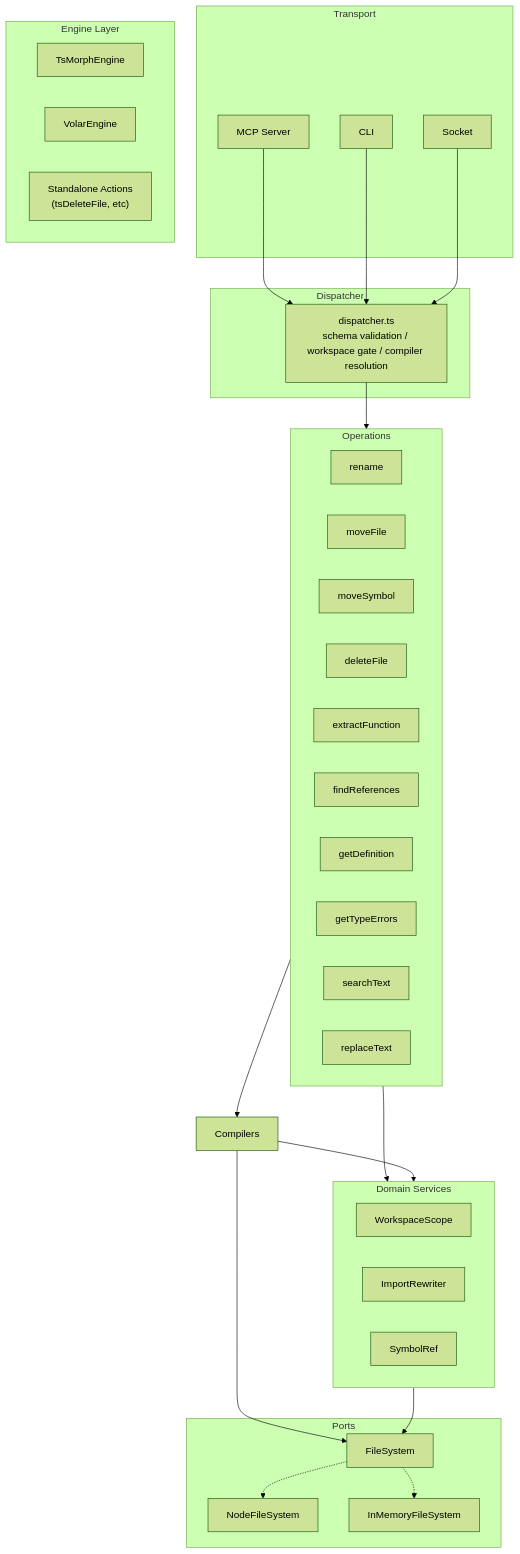
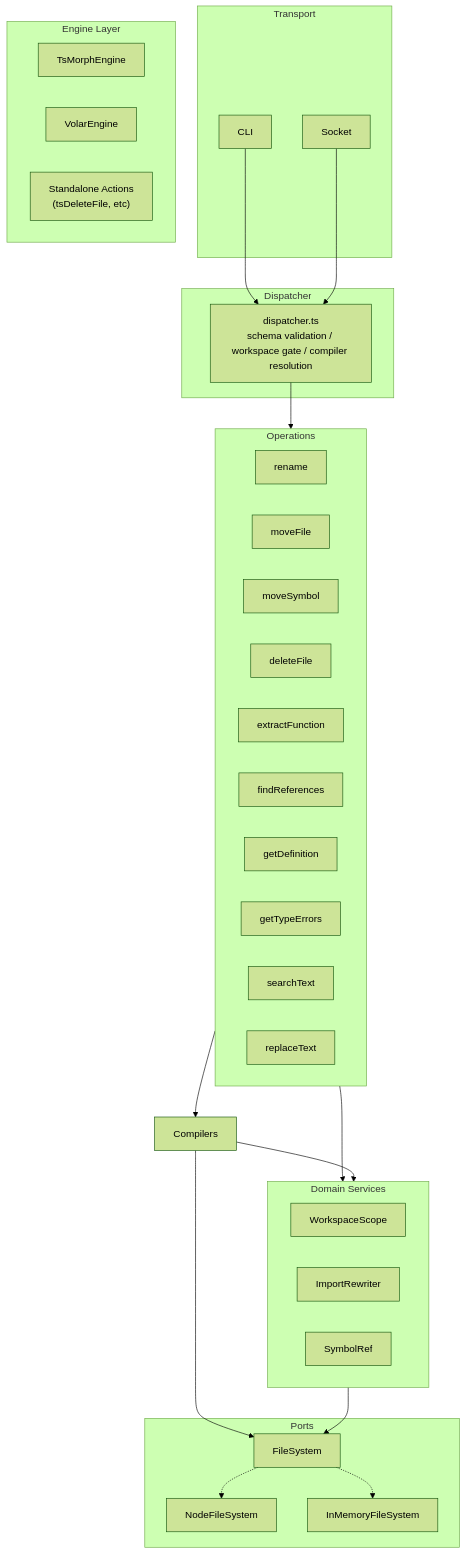
One commit to yearofthedan/weaver changed the first of 2 diagrams in docs/architecture.md. Above: the diagram before and after it, drawn with Mermaid (forest theme). The commit also changed other lines of this file and 11 other files, not shown here.

First line of the commit message:
docs: reconcile documentation for the CLI-only architecture

````diff
--- a/docs/architecture.md
+++ b/docs/architecture.md
@@ -77,55 +77,53 @@
 ```mermaid
 graph TD
     subgraph Transport
-        MCP[MCP Server]
         CLI[CLI]
         Socket[Socket]
     end
 
     subgraph Dispatcher
         D[dispatcher.ts<br/>schema validation / workspace gate / compiler resolution]
     end
 
     subgraph Operations
         rename
         moveFile
         moveSymbol
         deleteFile
         extractFunction
         findReferences
         getDefinition
         getTypeErrors
         searchText
         replaceText
     end
 
     subgraph Domain["Domain Services"]
         WS[WorkspaceScope]
         IR[ImportRewriter]
         SR[SymbolRef]
     end
 
     subgraph Engines["Engine Layer"]
         TSE[TsMorphEngine]
         VOE[VolarEngine]
         TSA["Standalone Actions<br/>(tsDeleteFile, etc)"]
     end
 
     subgraph Ports
         FS[FileSystem]
         NFS[NodeFileSystem]
         IFS[InMemoryFileSystem]
     end
 
-    MCP --> D
     CLI --> D
     Socket --> D
     D --> Operations
     Operations --> Domain
     Operations --> Compilers
     Compilers --> Domain
     Domain --> FS
     Compilers --> FS
     FS -.-> NFS
     FS -.-> IFS
 ```
````
